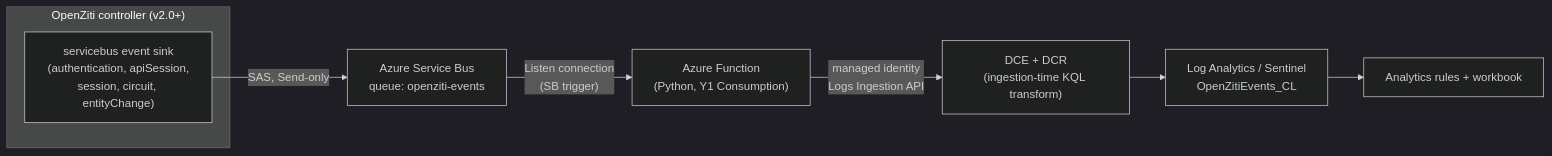
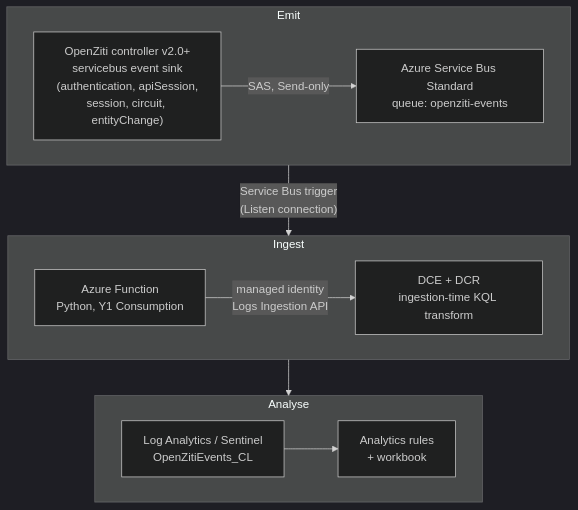
One commit to LukeEvansTech/openziti-azure-sentinel changed the diagram in README.md. Above: the diagram before and after it, drawn with Mermaid (dark theme). The commit also changed 2 other files, not shown here.

Commit message:
docs: restructure architecture diagram into stacked stage rows (#1)
Replaces the single-row flowchart LR (tiny labels, huge dead space) with
three stacked stage rows - Emit / Ingest / Analyse - matching the
how-it-works narrative. Same seven nodes and edges, one canonical
diagram across README, index, and architecture.

https://claude.ai/code/session_01PYqtjNQenbTQ3nGMfCkX4V

````diff
--- a/README.md
+++ b/README.md
@@ -11,11 +11,23 @@
 ```mermaid
-flowchart LR
-    subgraph ziti["OpenZiti controller (v2.0+)"]
-        sink["servicebus event sink<br/>(authentication, apiSession,<br/>session, circuit, entityChange)"]
+flowchart TB
+    subgraph emit["Emit"]
+        direction LR
+        sink["OpenZiti controller v2.0+<br/>servicebus event sink<br/>(authentication, apiSession,<br/>session, circuit, entityChange)"]
+        sb["Azure Service Bus Standard<br/>queue: openziti-events"]
+        sink -- "SAS, Send-only" --> sb
     end
-    sink -- "SAS, Send-only" --> sb["Azure Service Bus<br/>queue: openziti-events"]
-    sb -- "Listen connection<br/>(SB trigger)" --> fn["Azure Function<br/>(Python, Y1 Consumption)"]
-    fn -- "managed identity<br/>Logs Ingestion API" --> dcr["DCE + DCR<br/>(ingestion-time KQL transform)"]
-    dcr --> law["Log Analytics / Sentinel<br/>OpenZitiEvents_CL"]
-    law --> rules["Analytics rules + workbook"]
+    subgraph ingest["Ingest"]
+        direction LR
+        fn["Azure Function<br/>Python, Y1 Consumption"]
+        dcr["DCE + DCR<br/>ingestion-time KQL transform"]
+        fn -- "managed identity<br/>Logs Ingestion API" --> dcr
+    end
+    subgraph analyse["Analyse"]
+        direction LR
+        law["Log Analytics / Sentinel<br/>OpenZitiEvents_CL"]
+        rules["Analytics rules<br/>+ workbook"]
+        law --> rules
+    end
+    sb -- "Service Bus trigger<br/>(Listen connection)" --> fn
+    dcr --> law
 ```
````
